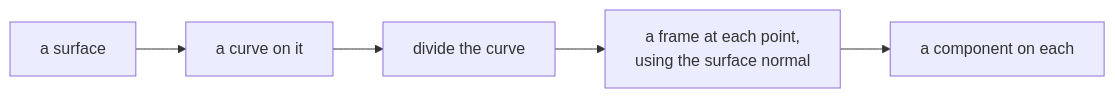
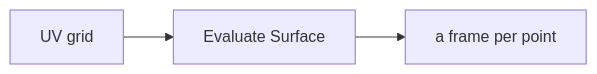
Before and after one commit to rccn-teaching/cdf: the third of 4 diagrams in Lecture/Week_09/goals.md, drawn with Mermaid. The commit also changed other lines of this file and 23 other files, not shown here.

Commit message:
Refactor lecture materials for Weeks 13-15: update README and goals to enhance clarity and structure; adjust session objectives and commands; improve flowcharts and voting processes for better engagement and understanding.

````diff
--- a/Lecture/Week_09/goals.md
+++ b/Lecture/Week_09/goals.md
@@ -47,7 +56,7 @@
 ```mermaid
 flowchart LR
-    S["a surface"] --> C["a curve on it"]
-    C --> D["divide the curve"]
-    D --> F["a frame at each point,<br/>using the surface normal"]
-    F --> O["a component on each"]
+    D0["UV grid"]
+    E1["Evaluate Surface"]
+    F2["a frame per point"]
+    D0 --> E1 --> F2
 ```
````
